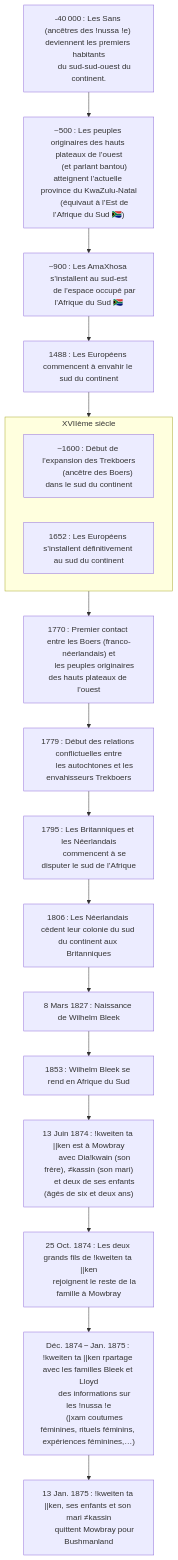
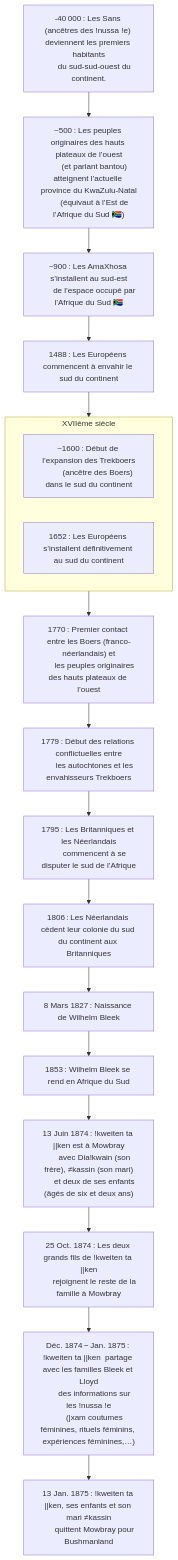
One commit to ba-moun/Ba-Moun-Save changed the diagram in en-cours/personnalite/femme/chasseuse-ceuilleuse/rachel.md. Above: the diagram before and after it, drawn with Mermaid. The commit also changed other lines of this file, not shown here.

Commit message:
docs: update en-cours/personnalite/femme/chasseuse-ceuilleuse/rachel

````diff
--- a/en-cours/personnalite/femme/chasseuse-ceuilleuse/rachel.md
+++ b/en-cours/personnalite/femme/chasseuse-ceuilleuse/rachel.md
@@ -28,59 +28,59 @@
 ```mermaid
 flowchart TB
    
    Khoïsan["-40 000 : Les Sans (ancêtres des !nussa !e) deviennent les premiers habitants
       du sud-sud-ouest du continent."]
    
    grassland["~500 : Les peuples originaires des hauts plateaux de l’ouest
       (et parlant bantou) atteignent l’actuelle province du KwaZulu-Natal
       (équivaut à l’Est de l’Afrique du Sud 🇿🇦)"]
    
    amaXhosa["~900 : Les AmaXhosa s’installent au sud-est
       de l’espace occupé par l’Afrique du Sud 🇿🇦"]
    
    europeanInvasion["1488 : Les Européens commencent à envahir le sud du continent"]
    
    subgraph 17thCentury["XVIIème siècle"]
       boersExpantion["~1600 : Début de l’expansion des Trekboers
          (ancêtre des Boers) dans le sud du continent"]
       
       europeanInvasionNextStep["1652 : Les Européens s’installent définitivement au sud du continent"]
    end
    
    boersArrive["1770 : Premier contact entre les Boers (franco-néerlandais) et
       les peuples originaires des hauts plateaux de l’ouest"]
    
    boersConflict["1779 : Début des relations conflictuelles entre
       les autochtones et les envahisseurs Trekboers"]
       
    europeanFightInZABegin["1795 : Les Britanniques et les Néerlandais
       commencent à se disputer le sud de l’Afrique"]
    
 
    europeanFightInZAEnd["1806 : Les Néerlandais cèdent leur colonie du sud du continent aux Britanniques"]
                
    wilhelmBleekbirth["8 Mars 1827 : Naissance de Wilhelm Bleek"]
                
    wBleekInZA["1853 : Wilhelm Bleek se rend en Afrique du Sud"]
       
    kweitenTaKenInMowbray["13 Juin 1874 : !kweiten ta ||ken est à Mowbray
       avec Dia!kwain (son frère), ≠kassin (son mari)
       et deux de ses enfants (âgés de six et deux ans)"]
                
    kTKOlderSons["25 Oct. 1874 : Les deux grands fils de !kweiten ta ||ken
       rejoignent le reste de la famille à Mowbray"]
    
-   kTKInformator["Déc. 1874 − Jan. 1875 : !kweiten ta ||ken rpartage avec les familles Bleek et Lloyd
+   kTKInformator["Déc. 1874 − Jan. 1875 : !kweiten ta ||ken  partage avec les familles Bleek et Lloyd
       des informations sur les !nussa !e
       (|xam coutumes féminines, rituels féminins, expériences féminines,…)"]
       
    kTKLittleFamilyLeaveMowbray["13 Jan. 1875 : !kweiten ta ||ken, ses enfants et son mari ≠kassin
       quittent Mowbray pour Bushmanland"]
    
    Khoïsan --> grassland --> amaXhosa --> europeanInvasion -->
    17thCentury --> boersArrive --> boersConflict --> 
    europeanFightInZABegin --> europeanFightInZAEnd -->
    wilhelmBleekbirth --> wBleekInZA --> kweitenTaKenInMowbray -->
    kTKOlderSons --> kTKInformator --> kTKLittleFamilyLeaveMowbray
    
 ```
````
